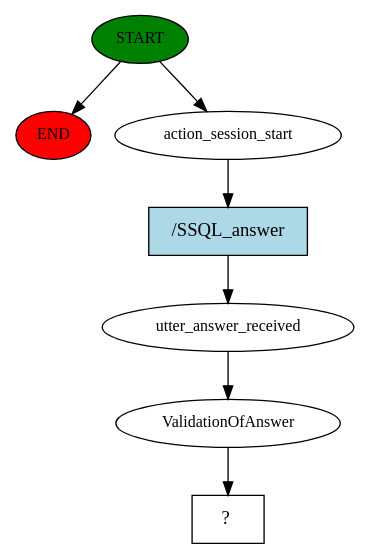
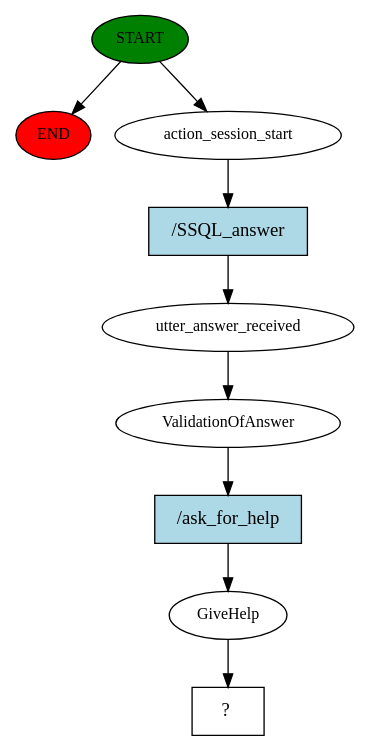
One commit to MED-Master/MED10CA changed the diagram in story_graph.dot. Above: the diagram before and after it, drawn with Graphviz. The commit also changed 50 other files, not shown here.

```diff
--- a/story_graph.dot
+++ b/story_graph.dot
@@ -1,15 +1,19 @@
 digraph  {
 0 [class="start active", fillcolor=green, fontsize=12, label=START, style=filled];
 "-1" [class=end, fillcolor=red, fontsize=12, label=END, style=filled];
 1 [class=active, fontsize=12, label=action_session_start];
 2 [class=active, fontsize=12, label=utter_answer_received];
 3 [class=active, fontsize=12, label=ValidationOfAnswer];
-4 [class="intent dashed active", label="  ?  ", shape=rect];
-5 [class="intent active", fillcolor=lightblue, label="/SSQL_answer", shape=rect, style=filled];
+4 [class=active, fontsize=12, label=GiveHelp];
+5 [class="intent dashed active", label="  ?  ", shape=rect];
+6 [class="intent active", fillcolor=lightblue, label="/SSQL_answer", shape=rect, style=filled];
+7 [class="intent active", fillcolor=lightblue, label="/ask_for_help", shape=rect, style=filled];
 0 -> "-1"  [class="", key=NONE, label=""];
 0 -> 1  [class=active, key=NONE, label=""];
-1 -> 5  [class=active, key=0];
+1 -> 6  [class=active, key=0];
 2 -> 3  [class=active, key=NONE, label=""];
-3 -> 4  [class=active, key=NONE, label=""];
-5 -> 2  [class=active, key=0];
+3 -> 7  [class=active, key=0];
+4 -> 5  [class=active, key=NONE, label=""];
+6 -> 2  [class=active, key=0];
+7 -> 4  [class=active, key=0];
 }
```
